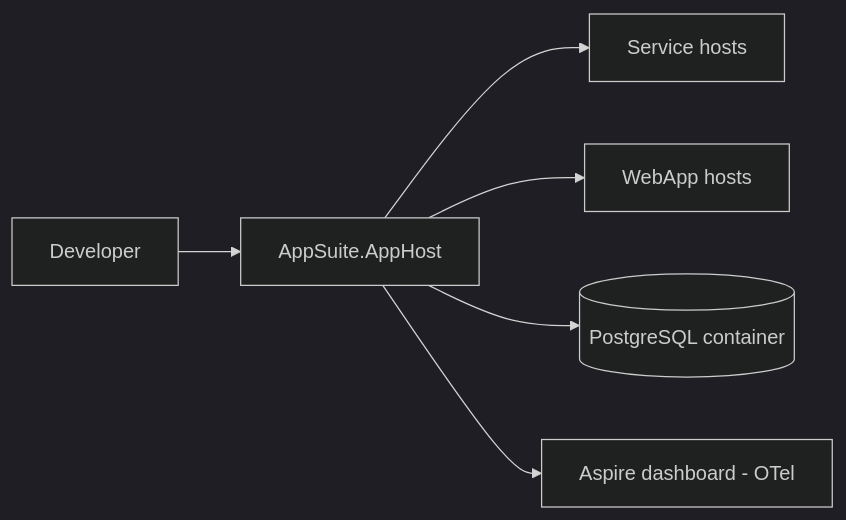
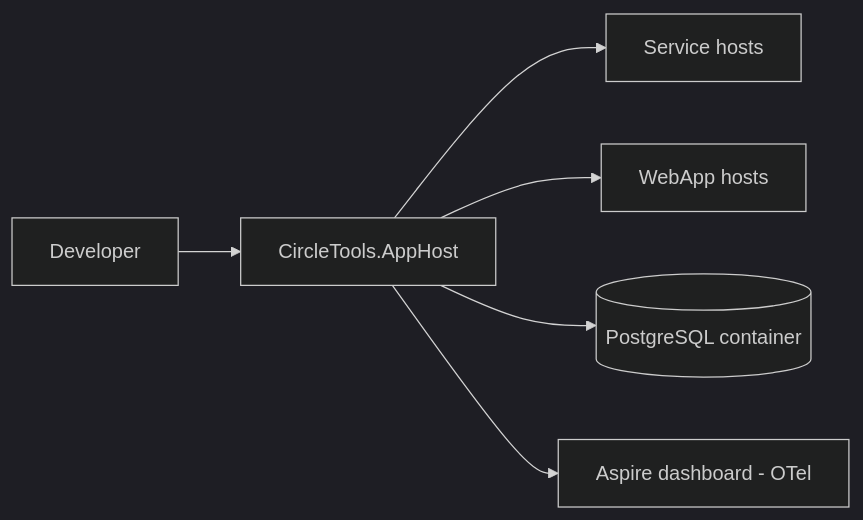
The diagram in docs/arc42/07-deployment-view.md (CircleTools-ch/circletools-suite), drawn with Mermaid (dark theme) before and after one commit. The commit also changed other lines of this file and 1242 other files, not shown here.

````diff
--- a/docs/arc42/07-deployment-view.md
+++ b/docs/arc42/07-deployment-view.md
@@ -21,8 +21,8 @@
 ```mermaid
 flowchart LR
-    Dev[Developer] --> AppHost[AppSuite.AppHost]
+    Dev[Developer] --> AppHost[CircleTools.AppHost]
     AppHost --> API[Service hosts]
     AppHost --> Web[WebApp hosts]
     AppHost --> PG[(PostgreSQL container)]
     AppHost --> Dash[Aspire dashboard - OTel]
 ```
````
